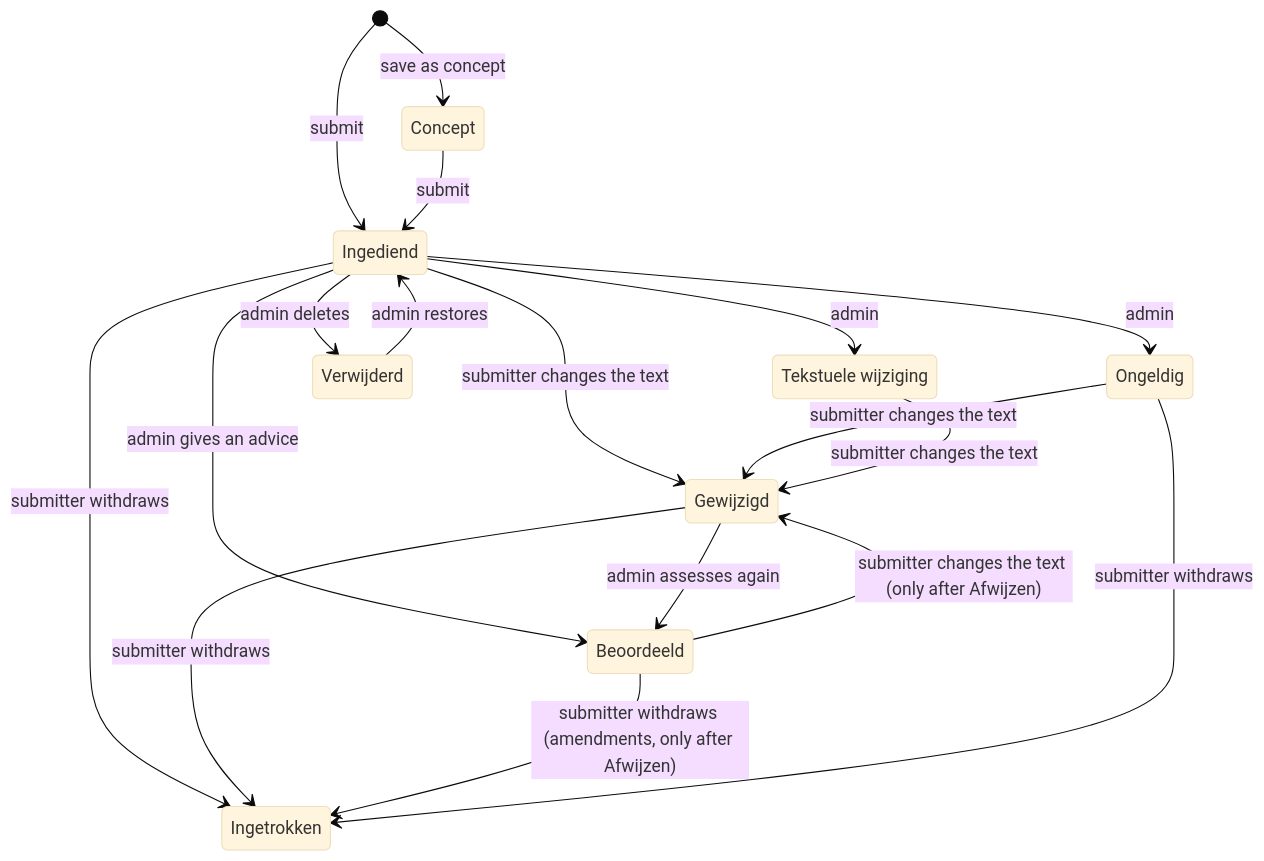
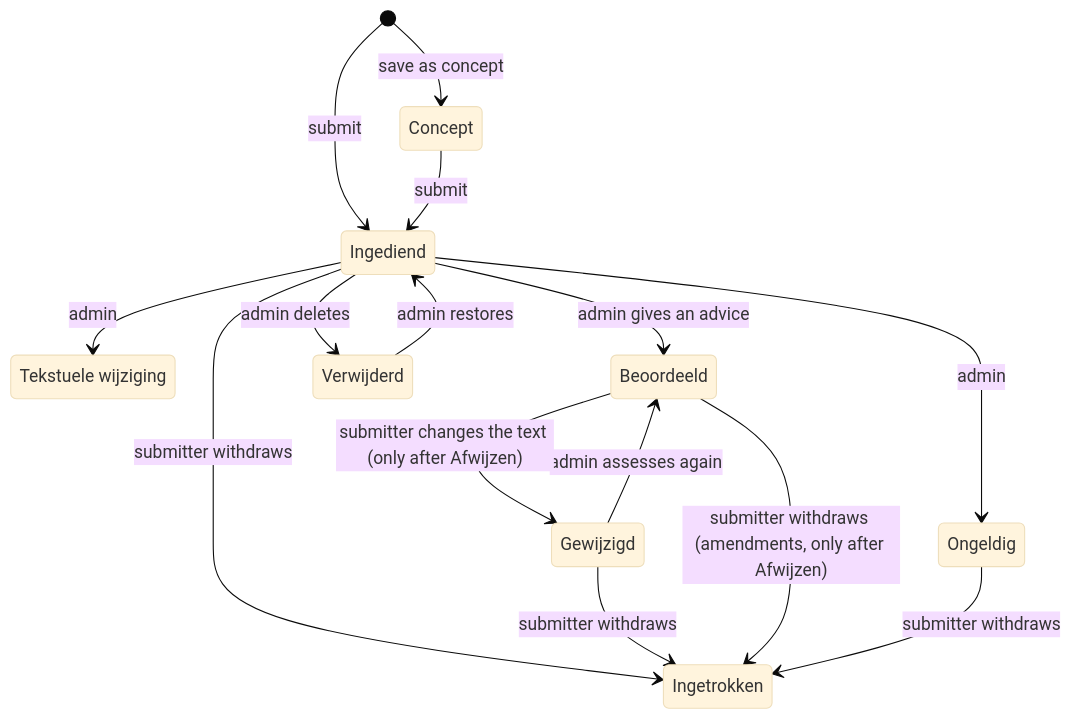
Before and after one commit to stdekker/nl.sp.drupal-ammo: the diagram in STATUSSES.md, drawn with Mermaid (base theme). The commit also changed other lines of this file and 6 other files, not shown here.

````diff
--- a/STATUSSES.md
+++ b/STATUSSES.md
@@ -22,21 +22,18 @@
 ```mermaid
 stateDiagram-v2
   state "Tekstuele wijziging" as TekstueleWijziging
   [*] --> Concept: save as concept
   [*] --> Ingediend: submit
   Concept --> Ingediend: submit
-  Ingediend --> Gewijzigd: submitter changes the text
   Ingediend --> Beoordeeld: admin gives an advice
   Gewijzigd --> Beoordeeld: admin assesses again
   Beoordeeld --> Gewijzigd: submitter changes the text (only after Afwijzen)
   Ingediend --> Ingetrokken: submitter withdraws
   Gewijzigd --> Ingetrokken: submitter withdraws
   Beoordeeld --> Ingetrokken: submitter withdraws (amendments, only after Afwijzen)
   Ingediend --> Ongeldig: admin
   Ingediend --> TekstueleWijziging: admin
-  Ongeldig --> Gewijzigd: submitter changes the text
-  TekstueleWijziging --> Gewijzigd: submitter changes the text
   Ongeldig --> Ingetrokken: submitter withdraws
   Ingediend --> Verwijderd: admin deletes
   Verwijderd --> Ingediend: admin restores
 ```
````
